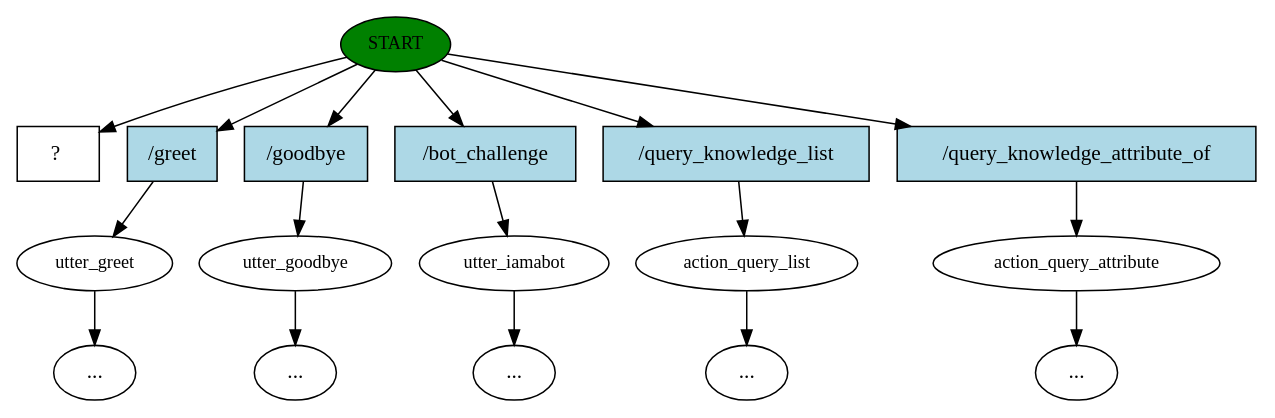
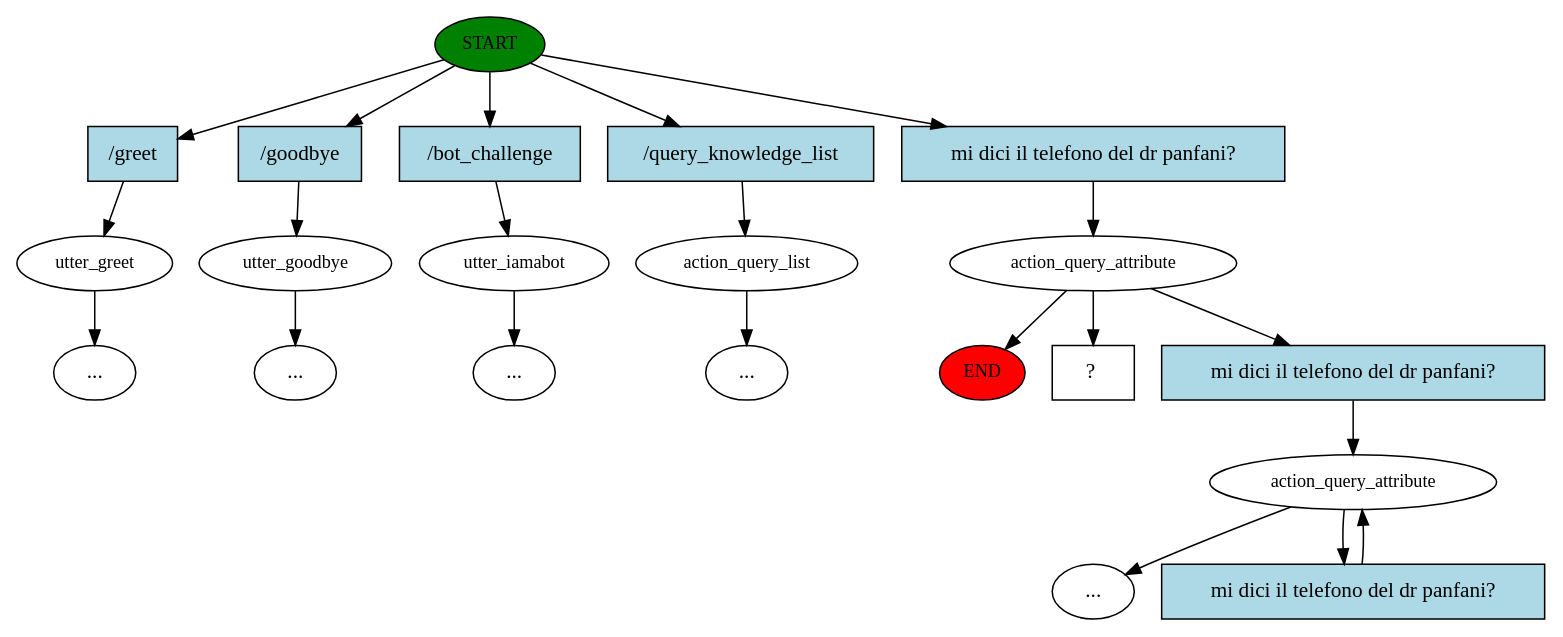
Before and after one commit to alessandromentuccia/medici_piemonte: the diagram in story_graph.dot, drawn with Graphviz. The commit also changed 9 other files, not shown here.

Commit message:
gestione key attribute e risolto funzioni per le due risposte

```diff
--- a/story_graph.dot
+++ b/story_graph.dot
@@ -1,35 +1,44 @@
 digraph  {
 0 [class="start active", fillcolor=green, fontsize=12, label=START, style=filled];
+"-1" [class=end, fillcolor=red, fontsize=12, label=END, style=filled];
 1 [class="", fontsize=12, label=utter_greet];
 "-5" [class=ellipsis, label="..."];
 4 [class="", fontsize=12, label=utter_goodbye];
 "-6" [class=ellipsis, label="..."];
 5 [class="", fontsize=12, label=utter_iamabot];
 "-7" [class=ellipsis, label="..."];
 6 [class="", fontsize=12, label=action_query_list];
 "-8" [class=ellipsis, label="..."];
-7 [class="", fontsize=12, label=action_query_attribute];
+7 [class=active, fontsize=12, label=action_query_attribute];
+9 [class="", fontsize=12, label=action_query_attribute];
 "-9" [class=ellipsis, label="..."];
-8 [class="intent dashed active", label="  ?  ", shape=rect];
-9 [class=intent, fillcolor=lightblue, label="\/greet", shape=rect, style=filled];
-10 [class=intent, fillcolor=lightblue, label="\/goodbye", shape=rect, style=filled];
-11 [class=intent, fillcolor=lightblue, label="\/bot_challenge", shape=rect, style=filled];
-12 [class=intent, fillcolor=lightblue, label="\/query_knowledge_list", shape=rect, style=filled];
-13 [class=intent, fillcolor=lightblue, label="\/query_knowledge_attribute_of", shape=rect, style=filled];
-0 -> 8  [class=active, key=NONE, label=""];
-0 -> 9  [class="", key=0];
-0 -> 10  [class="", key=0];
-0 -> 11  [class="", key=0];
-0 -> 12  [class="", key=0];
+12 [class="intent dashed active", label="  ?  ", shape=rect];
+13 [class=intent, fillcolor=lightblue, label="\/greet", shape=rect, style=filled];
+14 [class=intent, fillcolor=lightblue, label="\/goodbye", shape=rect, style=filled];
+15 [class=intent, fillcolor=lightblue, label="\/bot_challenge", shape=rect, style=filled];
+16 [class=intent, fillcolor=lightblue, label="\/query_knowledge_list", shape=rect, style=filled];
+17 [class="intent active", fillcolor=lightblue, label="mi\ dici\ il\ telefono\ del\ dr\ panfani\?", shape=rect, style=filled];
+18 [class=intent, fillcolor=lightblue, label="mi\ dici\ il\ telefono\ del\ dr\ panfani\?", shape=rect, style=filled];
+19 [class=intent, fillcolor=lightblue, label="mi\ dici\ il\ telefono\ del\ dr\ panfani\?", shape=rect, style=filled];
 0 -> 13  [class="", key=0];
+0 -> 14  [class="", key=0];
+0 -> 15  [class="", key=0];
+0 -> 16  [class="", key=0];
+0 -> 17  [class=active, key=0];
 1 -> "-5"  [class="", key=NONE, label=""];
 4 -> "-6"  [class="", key=NONE, label=""];
 5 -> "-7"  [class="", key=NONE, label=""];
 6 -> "-8"  [class="", key=NONE, label=""];
-7 -> "-9"  [class="", key=NONE, label=""];
-9 -> 1  [class="", key=0];
-10 -> 4  [class="", key=0];
-11 -> 5  [class="", key=0];
-12 -> 6  [class="", key=0];
-13 -> 7  [class="", key=0];
+7 -> "-1"  [class="", key=NONE, label=""];
+7 -> 12  [class=active, key=NONE, label=""];
+7 -> 18  [class="", key=0];
+9 -> "-9"  [class="", key=NONE, label=""];
+9 -> 19  [class="", key=0];
+13 -> 1  [class="", key=0];
+14 -> 4  [class="", key=0];
+15 -> 5  [class="", key=0];
+16 -> 6  [class="", key=0];
+17 -> 7  [class=active, key=0];
+18 -> 9  [class="", key=0];
+19 -> 9  [class="", key=0];
 }
```
